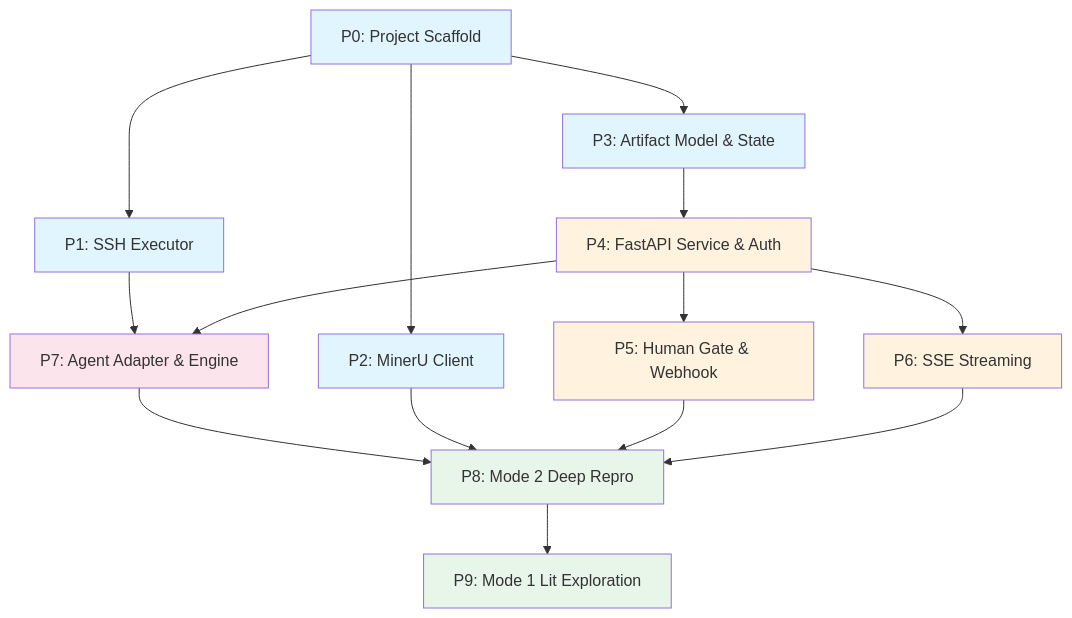
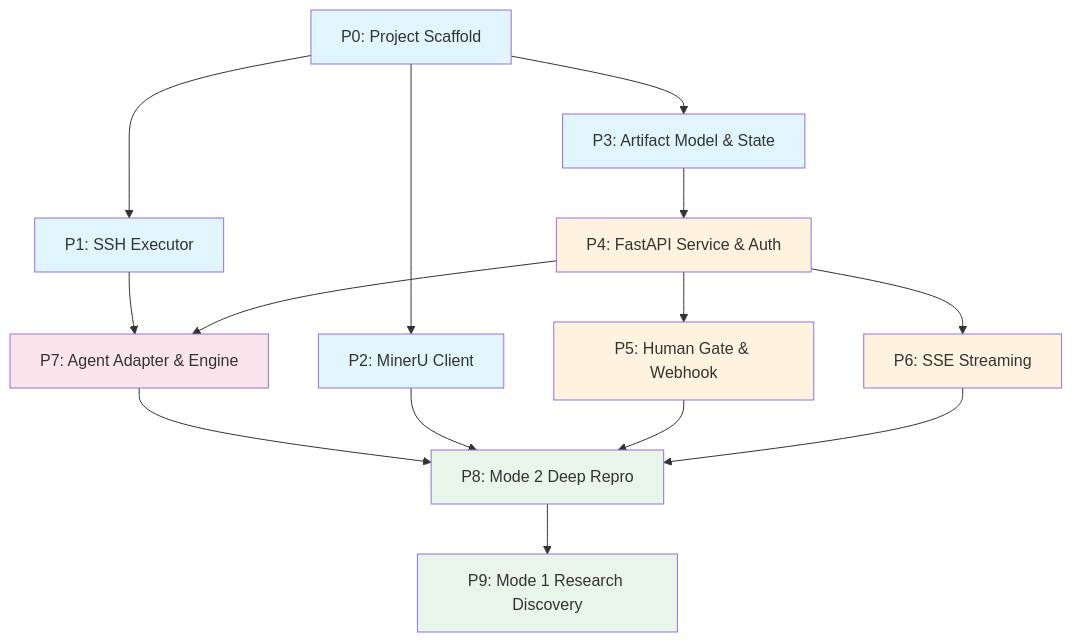
Before and after one commit to Kozmosa/scholar-agent: the second of 2 diagrams in docs/framework/v1-roadmap.md, drawn with Mermaid. The commit also changed other lines of this file and 22 other files, not shown here.

````diff
--- a/docs/framework/v1-roadmap.md
+++ b/docs/framework/v1-roadmap.md
@@ -410,38 +411,38 @@
 ```mermaid
 flowchart TD
     P0[P0: Project Scaffold]
     P1[P1: SSH Executor]
     P2[P2: MinerU Client]
     P3[P3: Artifact Model & State]
     P4[P4: FastAPI Service & Auth]
     P5[P5: Human Gate & Webhook]
     P6[P6: SSE Streaming]
     P7[P7: Agent Adapter & Engine]
     P8[P8: Mode 2 Deep Repro]
-    P9[P9: Mode 1 Lit Exploration]
+    P9[P9: Mode 1 Research Discovery]
 
     P0 --> P1
     P0 --> P2
     P0 --> P3
     P3 --> P4
     P4 --> P5
     P4 --> P6
     P1 --> P7
     P4 --> P7
     P7 --> P8
     P2 --> P8
     P5 --> P8
     P6 --> P8
     P8 --> P9
 
     style P0 fill:#e1f5fe
     style P1 fill:#e1f5fe
     style P2 fill:#e1f5fe
     style P3 fill:#e1f5fe
     style P4 fill:#fff3e0
     style P5 fill:#fff3e0
     style P6 fill:#fff3e0
     style P7 fill:#fce4ec
     style P8 fill:#e8f5e9
     style P9 fill:#e8f5e9
 ```
````
